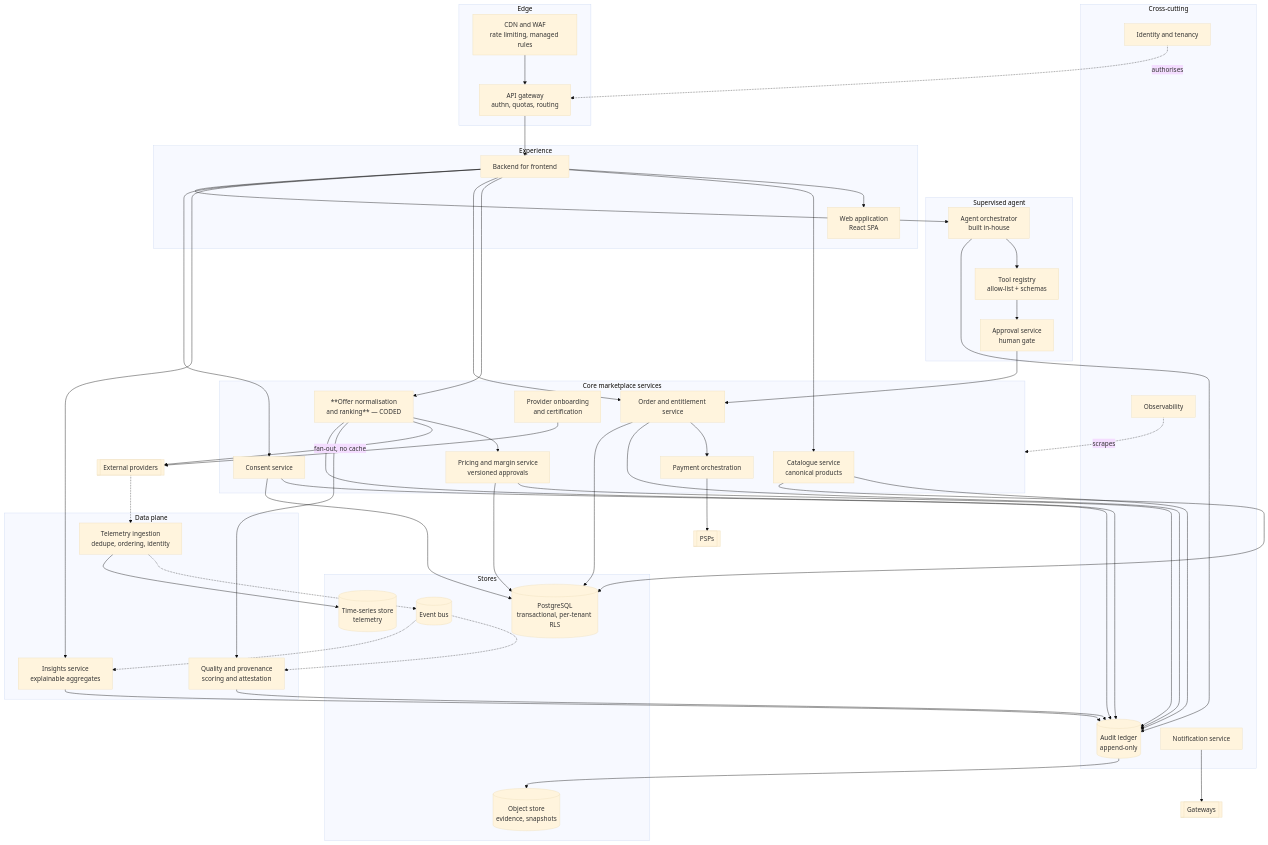
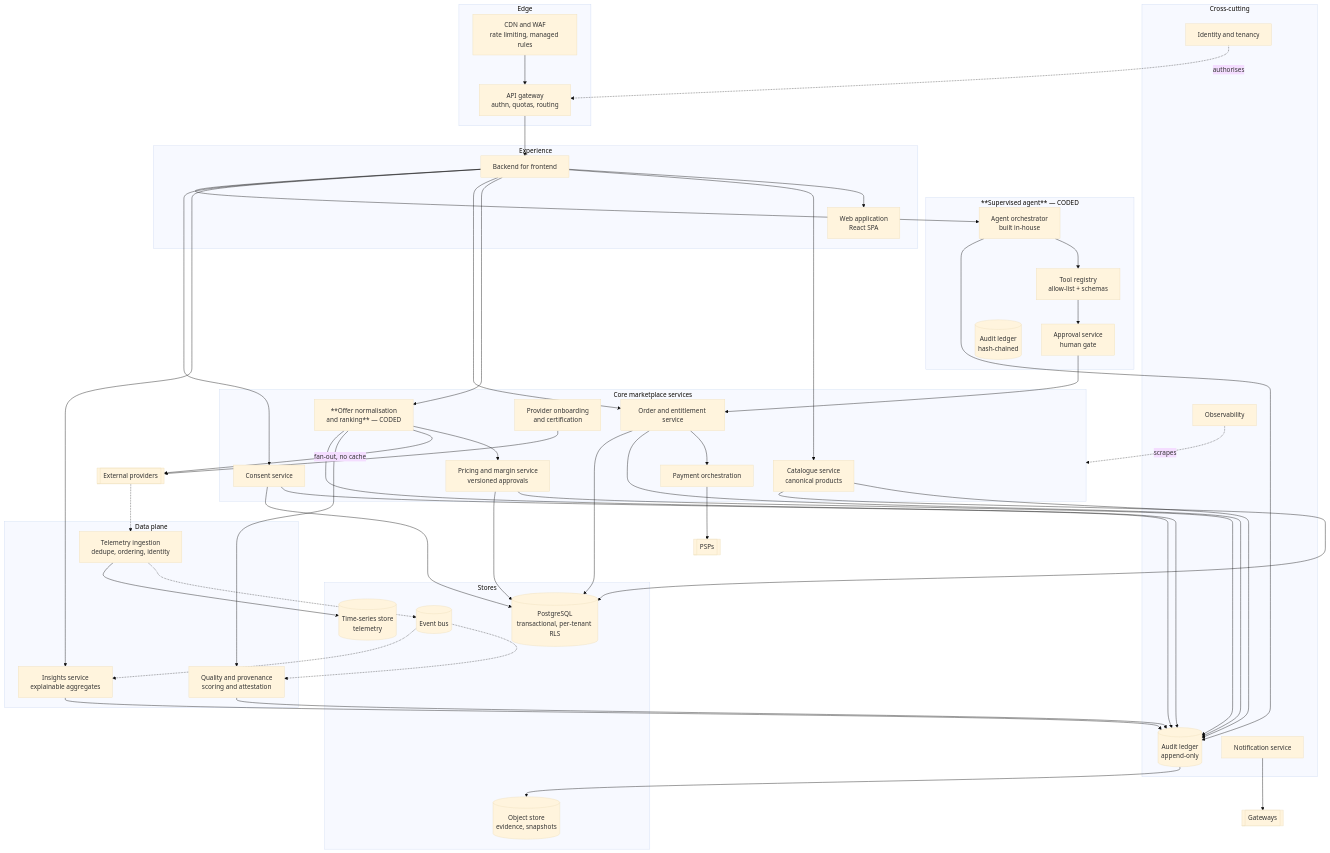
Before and after one commit to mangilal-epam-git/assessment-repo: the second of 5 diagrams in docs/architecture/02-solution-overview.md, drawn with Mermaid (base theme). The commit also changed other lines of this file and 27 other files, not shown here.

````diff
--- a/docs/architecture/02-solution-overview.md
+++ b/docs/architecture/02-solution-overview.md
@@ -40,70 +40,71 @@
 ```mermaid
 flowchart TB
   subgraph edge[Edge]
     CDN[CDN and WAF<br/>rate limiting, managed rules]
     GW[API gateway<br/>authn, quotas, routing]
   end
 
   subgraph experience[Experience]
     WEB[Web application<br/>React SPA]
     BFF[Backend for frontend]
   end
 
   subgraph core[Core marketplace services]
     CAT[Catalogue service<br/>canonical products]
     OFF["**Offer normalisation<br/>and ranking** — CODED"]
     PRC[Pricing and margin service<br/>versioned approvals]
     ORD[Order and entitlement service]
     PAY[Payment orchestration]
     CON[Consent service]
     PROV[Provider onboarding<br/>and certification]
   end
 
   subgraph data[Data plane]
     ING[Telemetry ingestion<br/>dedupe, ordering, identity]
     QUA[Quality and provenance<br/>scoring and attestation]
     INS[Insights service<br/>explainable aggregates]
   end
 
-  subgraph agent[Supervised agent]
+  subgraph agent["**Supervised agent** — CODED"]
     ORC[Agent orchestrator<br/>built in-house]
     TOOL[Tool registry<br/>allow-list + schemas]
     APPR[Approval service<br/>human gate]
+    LEDG[(Audit ledger<br/>hash-chained)]
   end
 
   subgraph platform[Cross-cutting]
     IAM[Identity and tenancy]
     AUDIT[(Audit ledger<br/>append-only)]
     NOTS[Notification service]
     OBS[Observability]
   end
 
   subgraph stores[Stores]
     PG[(PostgreSQL<br/>transactional, per-tenant RLS)]
     TS[(Time-series store<br/>telemetry)]
     OBJ[(Object store<br/>evidence, snapshots)]
     BUS[(Event bus)]
   end
 
   EXT[[External providers]]
 
   CDN --> GW --> BFF --> WEB
   BFF --> CAT & OFF & ORD & INS & CON & ORC
   OFF --> PRC
   OFF -->|fan-out, no cache| EXT
   OFF --> QUA
   ORD --> PAY --> PSP[[PSPs]]
   PROV --> EXT
   ING -.-> BUS -.-> QUA & INS
   EXT -.-> ING
   ORC --> TOOL --> APPR
   APPR --> ORD
 
   CAT & OFF & PRC & ORD & CON & QUA & INS & ORC --> AUDIT
   CAT & ORD & CON & PRC --> PG
   ING --> TS
   AUDIT --> OBJ
   IAM -.authorises.-> GW
   NOTS --> NOT[[Gateways]]
   OBS -.scrapes.-> core
 ```
````
